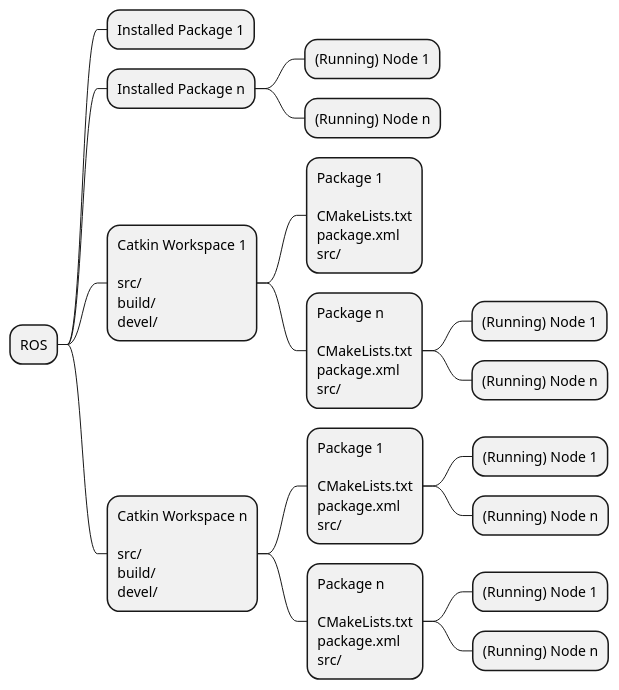
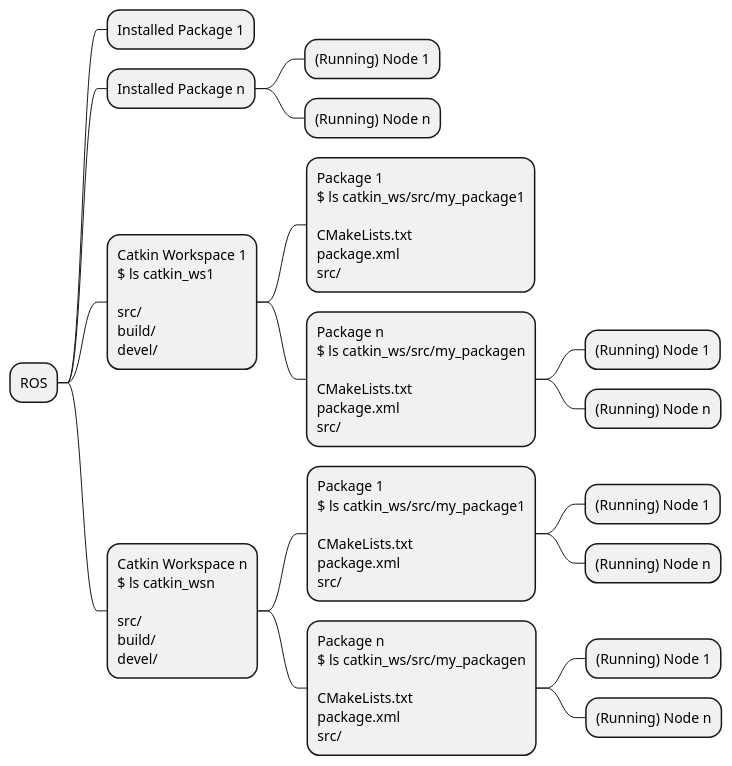
Before and after one commit to himanshugarg/himanshugarg.github.io: the diagram in assets/ros-2.puml, drawn with PlantUML. The commit also changed 1 other file, not shown here.

```diff
--- a/assets/ros-2.puml
+++ b/assets/ros-2.puml
@@ -1,19 +1,19 @@
 @startmindmap
 * ROS
 ** Installed Package 1
 ** Installed Package n
 *** (Running) Node 1
 *** (Running) Node n
-** Catkin Workspace 1\n\nsrc/\nbuild/\ndevel/
-*** Package 1\n\nCMakeLists.txt\npackage.xml\nsrc/
-*** Package n\n\nCMakeLists.txt\npackage.xml\nsrc/
+** Catkin Workspace 1\n$ ls catkin_ws1\n\nsrc/\nbuild/\ndevel/
+*** Package 1\n$ ls catkin_ws/src/my_package1\n\nCMakeLists.txt\npackage.xml\nsrc/
+*** Package n\n$ ls catkin_ws/src/my_packagen\n\nCMakeLists.txt\npackage.xml\nsrc/
 **** (Running) Node 1
 **** (Running) Node n
-** Catkin Workspace n\n\nsrc/\nbuild/\ndevel/
-*** Package 1\n\nCMakeLists.txt\npackage.xml\nsrc/
+** Catkin Workspace n\n$ ls catkin_wsn\n\nsrc/\nbuild/\ndevel/
+*** Package 1\n$ ls catkin_ws/src/my_package1\n\nCMakeLists.txt\npackage.xml\nsrc/
 **** (Running) Node 1
 **** (Running) Node n
-*** Package n\n\nCMakeLists.txt\npackage.xml\nsrc/
+*** Package n\n$ ls catkin_ws/src/my_packagen\n\nCMakeLists.txt\npackage.xml\nsrc/
 **** (Running) Node 1
 **** (Running) Node n
 @endmindmap
```
